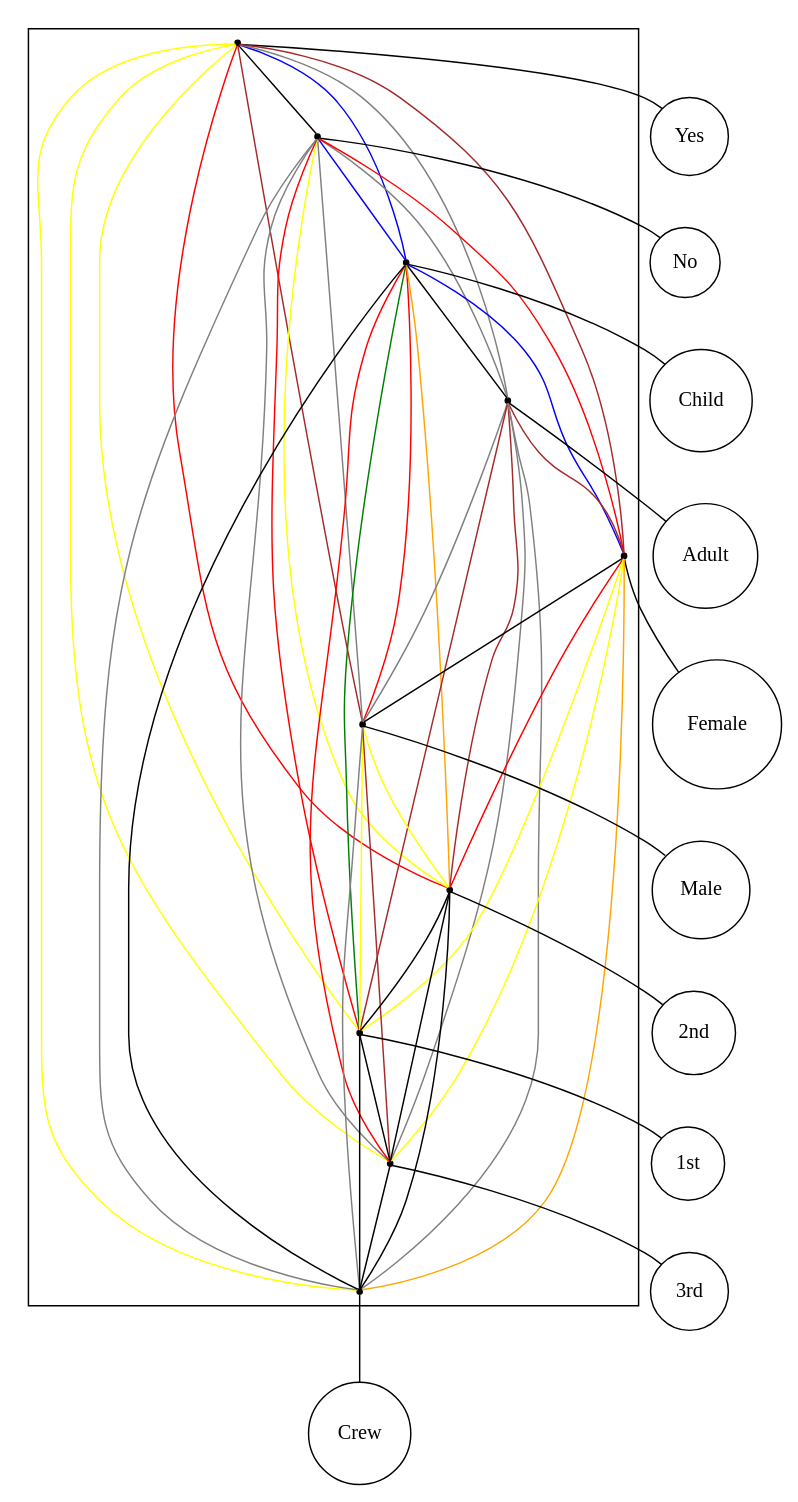
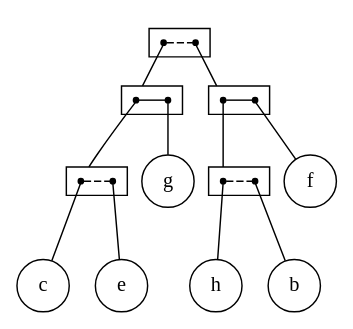
One commit to lrodrin/TFG changed the diagram in src/extension/exponential_2-structure.dot. Above: the diagram before and after it, drawn with Graphviz. The commit also changed 1 other file, not shown here.

```diff
--- a/src/extension/exponential_2-structure.dot
+++ b/src/extension/exponential_2-structure.dot
@@ -1,76 +1,53 @@
 strict digraph "exponential_2-structure" {
 compound=true;
 fontname=Verdana;
 fontsize=12;
 newrank=true;
 node [shape=circle];
-Yes;
-No;
-Child;
-Adult;
-Female;
-Male;
-"2nd";
-"1st";
-"3rd";
-Crew;
-subgraph cluster_Male1stChildAdultFemaleCrewYesNo3rd2nd {
+f;
+g;
+c;
+e;
+h;
+b;
+subgraph cluster_ehgcbf {
+rank=same;
 node [shape=point];
-s_Yes -> s_No  [arrowhead=none, color=black];
-s_Yes -> s_Child  [arrowhead=none, color=blue];
-s_Yes -> s_Adult  [arrowhead=none, color=grey];
-s_Yes -> s_Female  [arrowhead=none, color=brown];
-s_Yes -> s_Male  [arrowhead=none, color=brown];
-s_Yes -> s_2nd  [arrowhead=none, color=red];
-s_Yes -> s_1st  [arrowhead=none, color=yellow];
-s_Yes -> s_3rd  [arrowhead=none, color=yellow];
-s_Yes -> s_Crew  [arrowhead=none, color=yellow];
-s_No -> s_Child  [arrowhead=none, color=blue];
-s_No -> s_Adult  [arrowhead=none, color=grey];
-s_No -> s_Female  [arrowhead=none, color=red];
-s_No -> s_Male  [arrowhead=none, color=grey];
-s_No -> s_2nd  [arrowhead=none, color=yellow];
-s_No -> s_1st  [arrowhead=none, color=red];
-s_No -> s_3rd  [arrowhead=none, color=grey];
-s_No -> s_Crew  [arrowhead=none, color=grey];
-s_Child -> s_Adult  [arrowhead=none, color=black];
-s_Child -> s_Female  [arrowhead=none, color=blue];
-s_Child -> s_Male  [arrowhead=none, color=red];
-s_Child -> s_2nd  [arrowhead=none, color=orange];
-s_Child -> s_1st  [arrowhead=none, color=green];
-s_Child -> s_3rd  [arrowhead=none, color=red];
-s_Child -> s_Crew  [arrowhead=none, color=black];
-s_Adult -> s_Female  [arrowhead=none, color=brown];
-s_Adult -> s_Male  [arrowhead=none, color=grey];
-s_Adult -> s_2nd  [arrowhead=none, color=brown];
-s_Adult -> s_1st  [arrowhead=none, color=brown];
-s_Adult -> s_3rd  [arrowhead=none, color=grey];
-s_Adult -> s_Crew  [arrowhead=none, color=grey];
-s_Female -> s_Male  [arrowhead=none, color=black];
-s_Female -> s_2nd  [arrowhead=none, color=red];
-s_Female -> s_1st  [arrowhead=none, color=yellow];
-s_Female -> s_3rd  [arrowhead=none, color=yellow];
-s_Female -> s_Crew  [arrowhead=none, color=orange];
-s_Male -> s_2nd  [arrowhead=none, color=yellow];
-s_Male -> s_1st  [arrowhead=none, color=yellow];
-s_Male -> s_3rd  [arrowhead=none, color=brown];
-s_Male -> s_Crew  [arrowhead=none, color=grey];
-s_2nd -> s_1st  [arrowhead=none, color=black];
-s_2nd -> s_3rd  [arrowhead=none, color=black];
-s_2nd -> s_Crew  [arrowhead=none, color=black];
-s_1st -> s_3rd  [arrowhead=none, color=black];
-s_1st -> s_Crew  [arrowhead=none, color=black];
-s_3rd -> s_Crew  [arrowhead=none, color=black];
+s_ceg -> s_bhf  [color=black, style=dashed, arrowhead=none];
 }
 
-s_Yes -> Yes  [arrowhead=none];
-s_No -> No  [arrowhead=none];
-s_Child -> Child  [arrowhead=none];
-s_Adult -> Adult  [arrowhead=none];
-s_Female -> Female  [arrowhead=none];
-s_Male -> Male  [arrowhead=none];
-s_2nd -> "2nd"  [arrowhead=none];
-s_1st -> "1st"  [arrowhead=none];
-s_3rd -> "3rd"  [arrowhead=none];
-s_Crew -> Crew  [arrowhead=none];
+subgraph cluster_bhf {
+rank=same;
+node [shape=point];
+s_bh -> s_f  [color=black, style=solid, arrowhead=none];
 }
+
+subgraph cluster_ceg {
+rank=same;
+node [shape=point];
+s_ce -> s_g  [color=black, style=solid, arrowhead=none];
+}
+
+subgraph cluster_ce {
+rank=same;
+node [shape=point];
+s_c -> s_e  [color=black, style=dashed, arrowhead=none];
+}
+
+subgraph cluster_bh {
+rank=same;
+node [shape=point];
+s_h -> s_b  [color=black, style=dashed, arrowhead=none];
+}
+
+s_ceg -> s_ce  [lhead=cluster_ceg, arrowhead=none];
+s_bhf -> s_bh  [lhead=cluster_bhf, arrowhead=none];
+s_bh -> s_h  [lhead=cluster_bh, arrowhead=none];
+s_f -> f  [arrowhead=none];
+s_ce -> s_c  [lhead=cluster_ce, arrowhead=none];
+s_g -> g  [arrowhead=none];
+s_c -> c  [arrowhead=none];
+s_e -> e  [arrowhead=none];
+s_h -> h  [arrowhead=none];
+s_b -> b  [arrowhead=none];
+}
```
